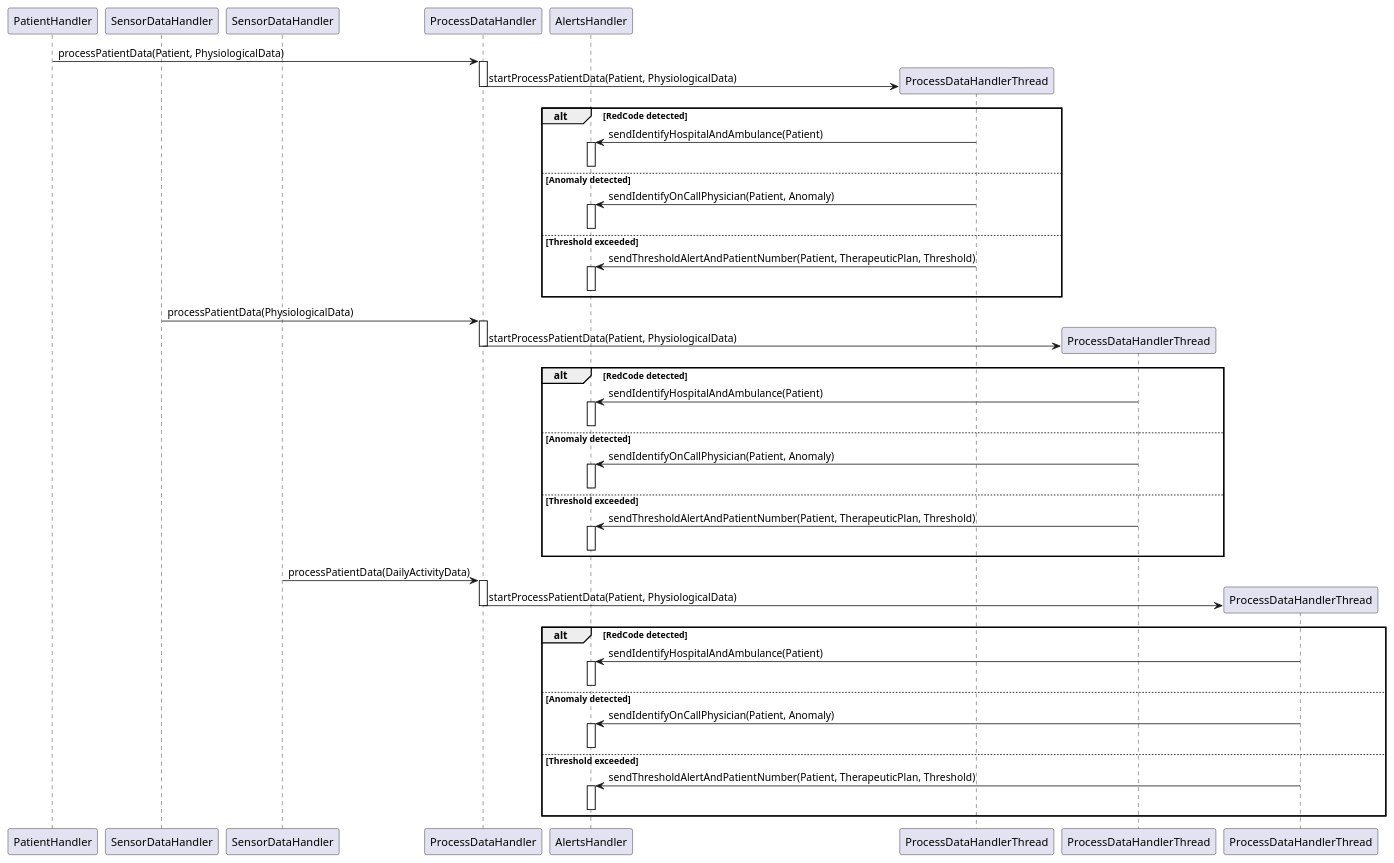
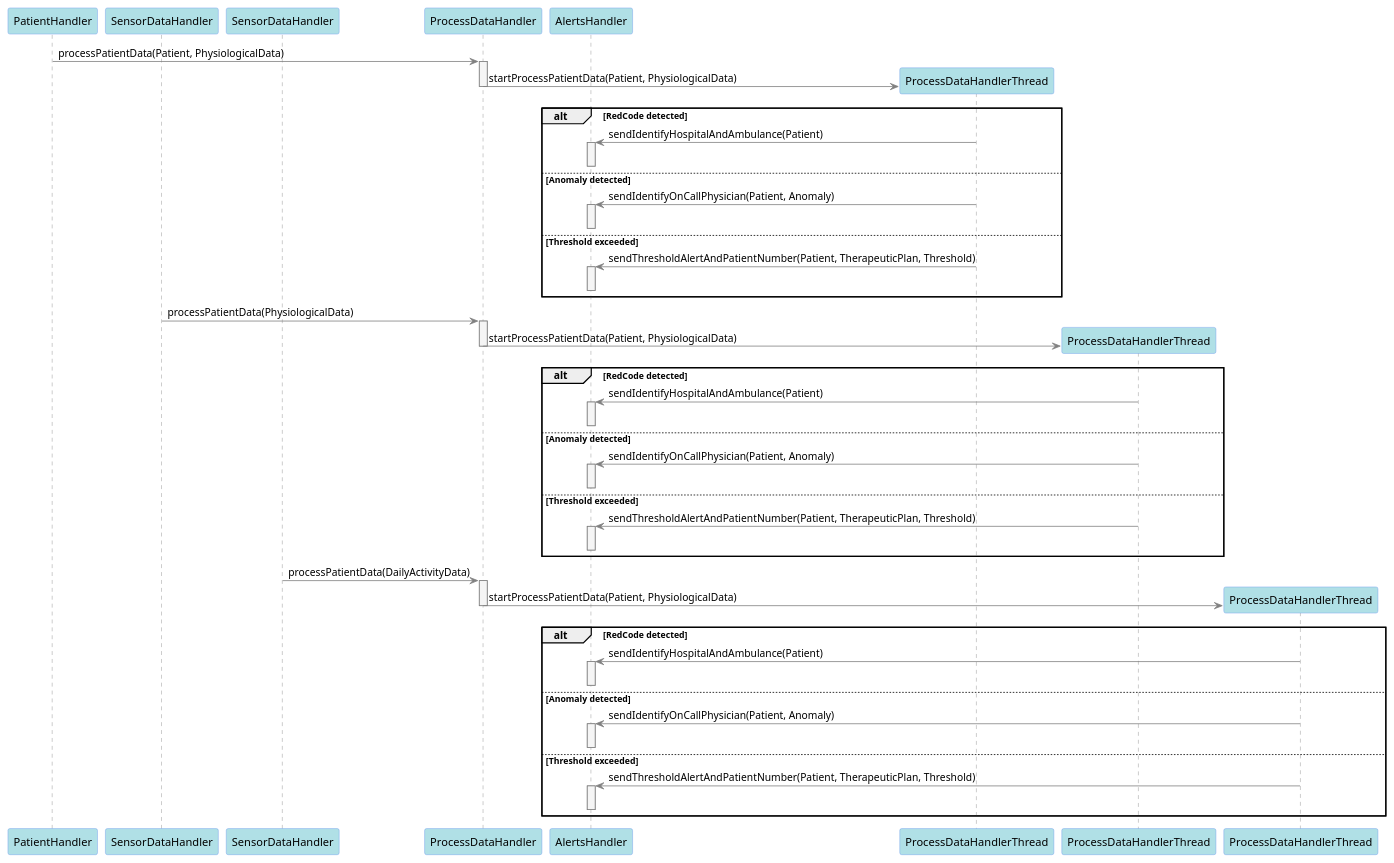
Before and after one commit to koalas11/Software-Architecture-Project: the diagram in diagrams/sequence-diagrams/process_data_handler.wsd, drawn with PlantUML. The commit also changed 6 other files, not shown here.

Commit message:
chore: changed sequence diagram colors

```diff
--- a/diagrams/sequence-diagrams/process_data_handler.wsd
+++ b/diagrams/sequence-diagrams/process_data_handler.wsd
@@ -1,61 +1,76 @@
 @startuml process_data_handler
+
+skinparam sequence {
+ArrowColor Gray
+LifeLineBorderColor Gray
+LifeLineBackgroundColor WhiteSmoke
+
+ActorBorderColor Tomato
+ActorBackgroundColor LightSalmon
+
+ParticipantBackgroundColor PowderBlue
+ParticipantBorderColor CornflowerBlue
+}
+skinparam DatabaseBorderColor SeaGreen
+skinparam DatabaseBackgroundColor PaleGreen
+
 participant PatientHandler as PH
 participant SensorDataHandler as SDH1
 participant SensorDataHandler as SDH2
 participant ProcessDataHandler as PDH
 participant AlertsHandler as AH
 participant ProcessDataHandlerThread as PDH1
 participant ProcessDataHandlerThread as PDH2
 participant ProcessDataHandlerThread as PDH3
 
 PH -> PDH ++ : processPatientData(Patient, PhysiologicalData)
 
 PDH -> PDH1 ** : startProcessPatientData(Patient, PhysiologicalData)
 deactivate PDH
 
 alt RedCode detected
 PDH1 -> AH ++ : sendIdentifyHospitalAndAmbulance(Patient)
 deactivate AH
 else Anomaly detected
 PDH1 -> AH ++ : sendIdentifyOnCallPhysician(Patient, Anomaly)
 deactivate AH
 else Threshold exceeded
 PDH1 -> AH ++ : sendThresholdAlertAndPatientNumber(Patient, TherapeuticPlan, Threshold)
 deactivate AH
 end
 
 SDH1 -> PDH ++ : processPatientData(PhysiologicalData)
 
 PDH -> PDH2 ** : startProcessPatientData(Patient, PhysiologicalData)
 deactivate PDH
 
 alt RedCode detected
 PDH2 -> AH ++ : sendIdentifyHospitalAndAmbulance(Patient)
 deactivate AH
 else Anomaly detected
 PDH2 -> AH ++ : sendIdentifyOnCallPhysician(Patient, Anomaly)
 deactivate AH
 else Threshold exceeded
 PDH2 -> AH ++ : sendThresholdAlertAndPatientNumber(Patient, TherapeuticPlan, Threshold)
 deactivate AH
 end
 
 SDH2 -> PDH ++ : processPatientData(DailyActivityData)
 
 PDH -> PDH3 ** : startProcessPatientData(Patient, PhysiologicalData)
 deactivate PDH
 
 alt RedCode detected
 PDH3 -> AH ++ : sendIdentifyHospitalAndAmbulance(Patient)
 deactivate AH
 else Anomaly detected
 PDH3 -> AH ++ : sendIdentifyOnCallPhysician(Patient, Anomaly)
 deactivate AH
 else Threshold exceeded
 PDH3 -> AH ++ : sendThresholdAlertAndPatientNumber(Patient, TherapeuticPlan, Threshold)
 deactivate AH
 end
 
 deactivate PDH
 
 @enduml
```
